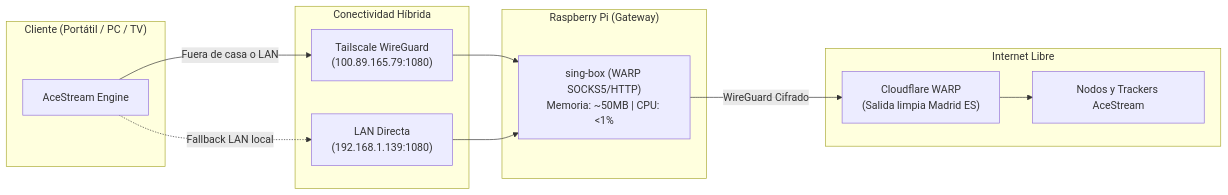
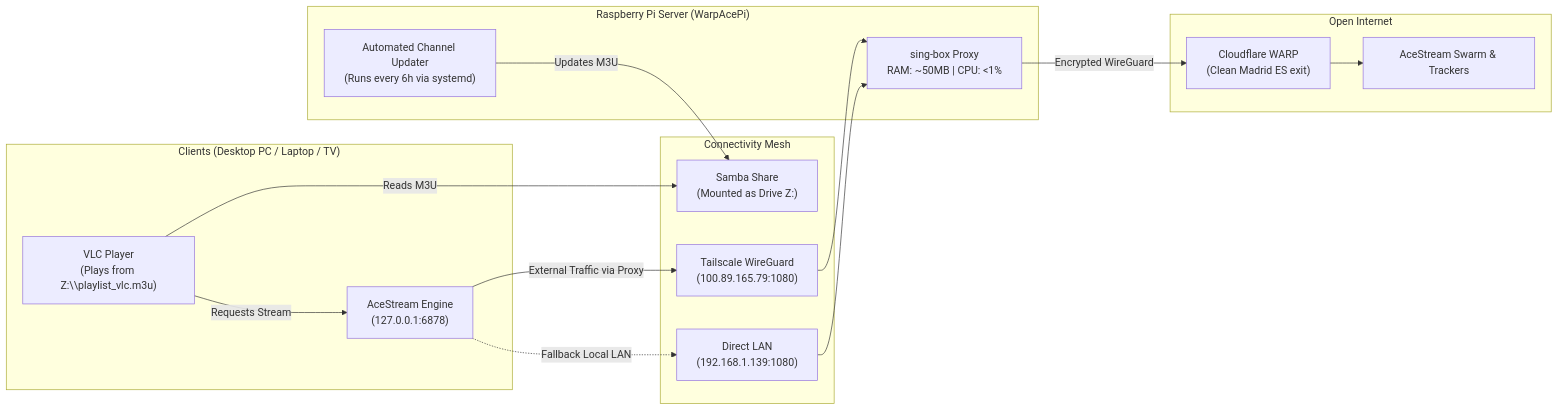
Before and after one commit to hvepo/acestream-warp-bridge: the diagram in README.md, drawn with Mermaid. The commit also changed other lines of this file and 21 other files, not shown here.

Commit message:
feat: complete rebranding to WarpAcePi and translate entire project to English

````diff
--- a/README.md
+++ b/README.md
@@ -24,27 +30,33 @@
 ```mermaid
 flowchart LR
-    subgraph Cliente ["Cliente (Portátil / PC / TV)"]
-        A["AceStream Engine"]
+    subgraph Clients ["Clients (Desktop PC / Laptop / TV)"]
+        VLC["VLC Player\n(Plays from Z:\\playlist_vlc.m3u)"]
+        A["AceStream Engine\n(127.0.0.1:6878)"]
     end
 
-    subgraph Red ["Conectividad Híbrida"]
+    subgraph Network ["Connectivity Mesh"]
         T["Tailscale WireGuard\n(100.89.165.79:1080)"]
-        L["LAN Directa\n(192.168.1.139:1080)"]
+        L["Direct LAN\n(192.168.1.139:1080)"]
+        SMB["Samba Share\n(Mounted as Drive Z:)"]
     end
 
-    subgraph RPi ["Raspberry Pi (Gateway)"]
-        S["sing-box (WARP SOCKS5/HTTP)\nMemoria: ~50MB | CPU: <1%"]
+    subgraph RPi ["Raspberry Pi Server (WarpAcePi)"]
+        S["sing-box Proxy\nRAM: ~50MB | CPU: <1%"]
+        P["Automated Channel Updater\n(Runs every 6h via systemd)"]
     end
 
-    subgraph Exterior ["Internet Libre"]
-        CF["Cloudflare WARP\n(Salida limpia Madrid ES)"]
-        P2P["Nodos y Trackers AceStream"]
+    subgraph Internet ["Open Internet"]
+        CF["Cloudflare WARP\n(Clean Madrid ES exit)"]
+        P2P["AceStream Swarm & Trackers"]
     end
 
-    A -->|"Fuera de casa o LAN"| T
-    A -.->|"Fallback LAN local"| L
+    VLC -->|"Reads M3U"| SMB
+    VLC -->|"Requests Stream"| A
+    A -->|"External Traffic via Proxy"| T
+    A -.->|"Fallback Local LAN"| L
     T --> S
     L --> S
-    S -->|"WireGuard Cifrado"| CF
+    S -->|"Encrypted WireGuard"| CF
     CF --> P2P
+    P -->|"Updates M3U"| SMB
 ```
````
